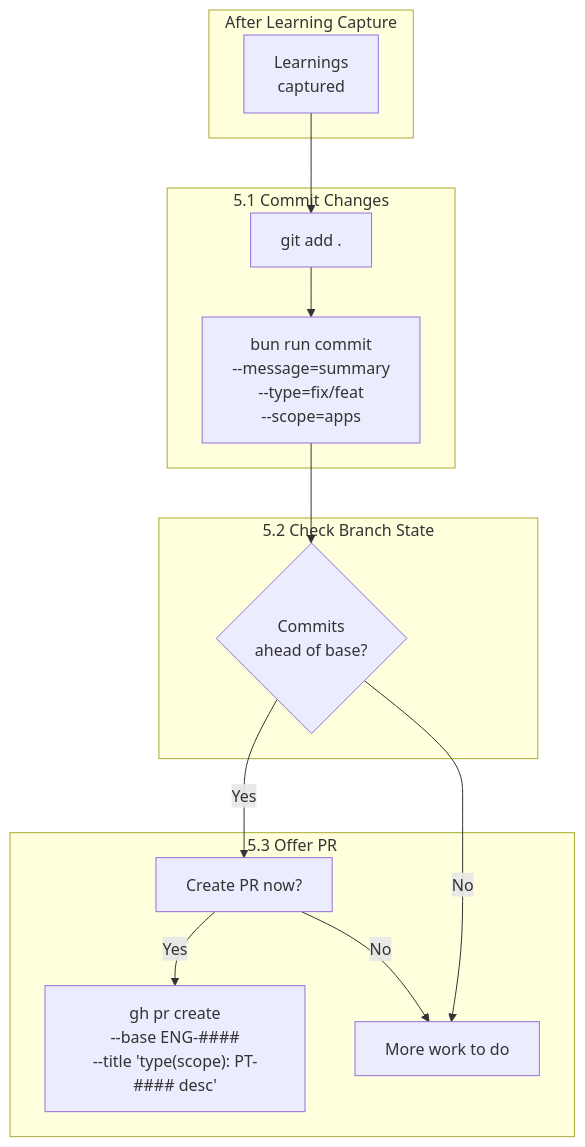
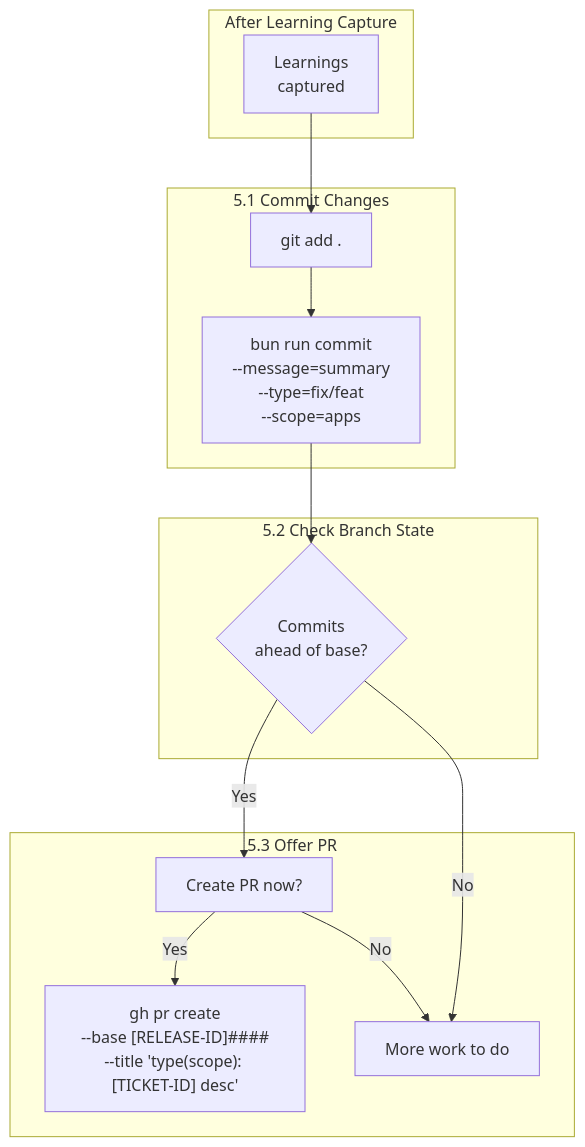
One commit to asibilia/luca-framework changed the sixth of 14 diagrams in docs/agent-framework/luca/diagrams.md. Above: the diagram before and after it, drawn with Mermaid. The commit also changed other lines of this file and 205 other files, not shown here.

````diff
--- a/docs/agent-framework/luca/diagrams.md
+++ b/docs/agent-framework/luca/diagrams.md
@@ -224,28 +224,28 @@
 ```mermaid
 flowchart TB
     subgraph After["After Learning Capture"]
         LEARN["Learnings<br/>captured"]
     end
 
     subgraph Commit["5.1 Commit Changes"]
         STAGE["git add ."]
         MSG["bun run commit<br/>--message=summary<br/>--type=fix/feat<br/>--scope=apps"]
     end
 
     subgraph Check["5.2 Check Branch State"]
         AHEAD{"Commits<br/>ahead of base?"}
     end
 
     subgraph PR["5.3 Offer PR"]
         ASK["Create PR now?"]
-        YES["gh pr create<br/>--base ENG-####<br/>--title 'type(scope): PT-#### desc'"]
+        YES["gh pr create<br/>--base [RELEASE-ID]####<br/>--title 'type(scope): [TICKET-ID] desc'"]
         NO["More work to do"]
     end
 
     LEARN --> STAGE --> MSG
     MSG --> AHEAD
     AHEAD -->|"Yes"| ASK
     AHEAD -->|"No"| NO
     ASK -->|"Yes"| YES
     ASK -->|"No"| NO
 ```
````
